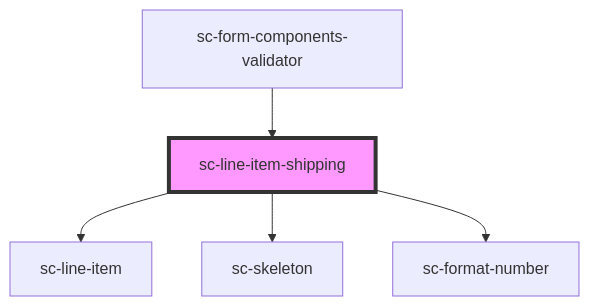
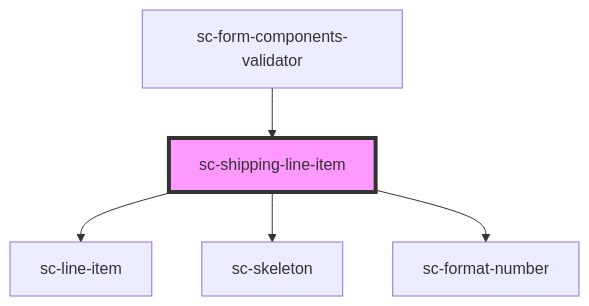
Before and after one commit to surecart/surecart-wp-plugin: the diagram in packages/components/src/components/controllers/checkout-form/sc-line-item-shipping/readme.md, drawn with Mermaid. The commit also changed 20 other files, not shown here.

Commit message:
Rename to shipping line item

````diff
--- a/packages/components/src/components/controllers/checkout-form/sc-line-item-shipping/readme.md
+++ b/packages/components/src/components/controllers/checkout-form/sc-line-item-shipping/readme.md
@@ -30,8 +30,8 @@
 ```mermaid
 graph TD;
-  sc-line-item-shipping --> sc-line-item
-  sc-line-item-shipping --> sc-skeleton
-  sc-line-item-shipping --> sc-format-number
-  sc-form-components-validator --> sc-line-item-shipping
-  style sc-line-item-shipping fill:#f9f,stroke:#333,stroke-width:4px
+  sc-shipping-line-item --> sc-line-item
+  sc-shipping-line-item --> sc-skeleton
+  sc-shipping-line-item --> sc-format-number
+  sc-form-components-validator --> sc-shipping-line-item
+  style sc-shipping-line-item fill:#f9f,stroke:#333,stroke-width:4px
 ```
````
